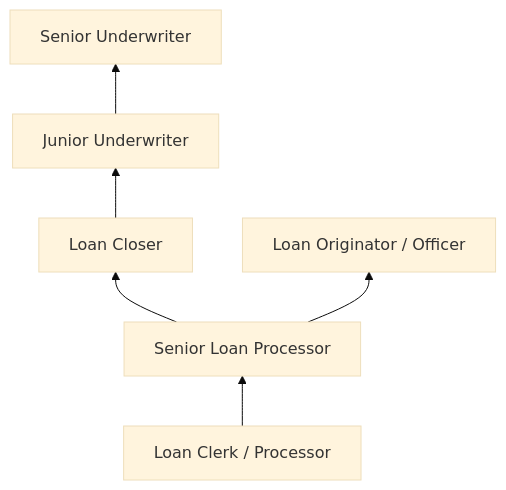
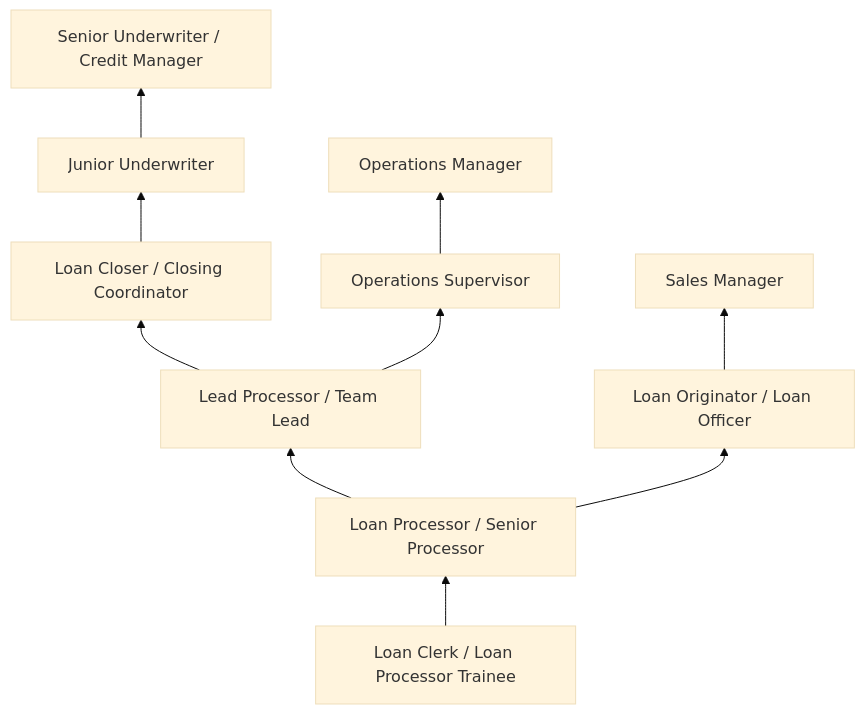
Before and after one commit to kziemski/business.org.ai: the third of 4 diagrams in occupations/Administrative/LoanInterviewersAndClerks.mdx, drawn with Mermaid (base theme). The commit also changed other lines of this file and 19 other files, not shown here.

````diff
--- a/occupations/Administrative/LoanInterviewersAndClerks.mdx
+++ b/occupations/Administrative/LoanInterviewersAndClerks.mdx
@@ -76,9 +136,14 @@
 ```mermaid
 graph BT
-    Entry["Loan Clerk / Processor"] --> Mid["Senior Loan Processor"]
-    Mid --> Closer["Loan Closer"]
+    Entry["Loan Clerk / Loan Processor Trainee"] --> Mid["Loan Processor / Senior Processor"]
+    Mid --> Lead["Lead Processor / Team Lead"]
+    Lead --> Closer["Loan Closer / Closing Coordinator"]
     Closer --> Underwriter["Junior Underwriter"]
-    Underwriter --> SrUW["Senior Underwriter"]
+    Underwriter --> SrUW["Senior Underwriter / Credit Manager"]
 
-    Mid --> Originator["Loan Originator / Officer"]
+    Mid --> Originator["Loan Originator / Loan Officer"]
+    Originator --> SalesLead["Sales Manager"]
+
+    Lead --> Ops["Operations Supervisor"]
+    Ops --> OpsMgr["Operations Manager"]
 ```
````
